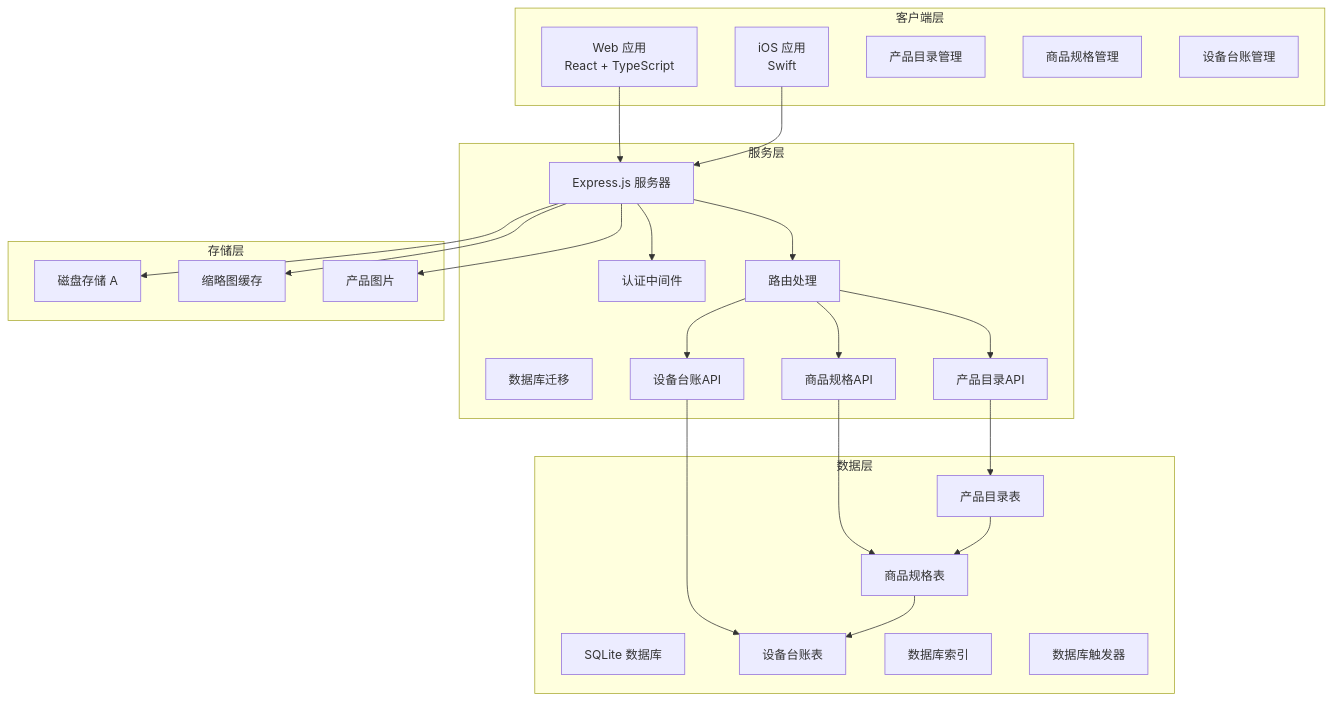
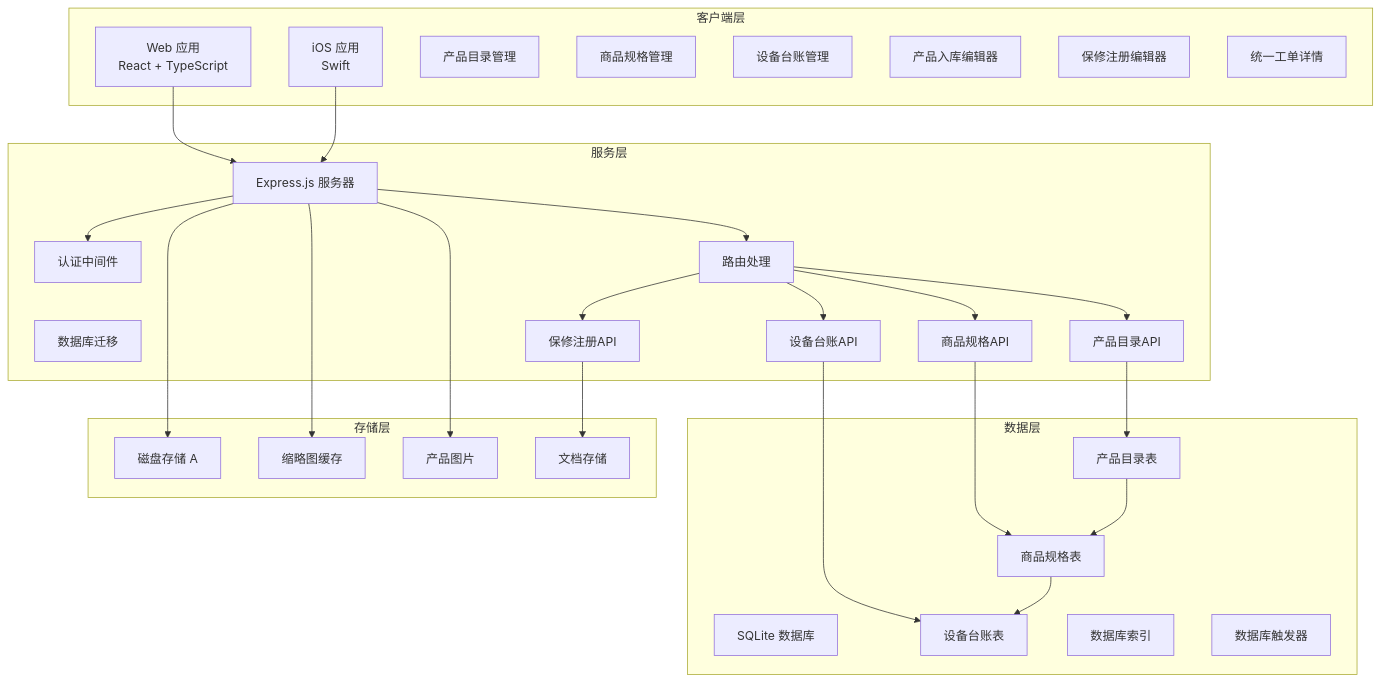
The third of 13 diagrams in .qoder/repowiki/zh/content/前端组件架构/产品管理界面/产品管理界面.md (CubeEdge/Longhorn), drawn with Mermaid before and after one commit. The commit also changed other lines of this file and 31 other files, not shown here.

````diff
--- a/.qoder/repowiki/zh/content/前端组件架构/产品管理界面/产品管理界面.md
+++ b/.qoder/repowiki/zh/content/前端组件架构/产品管理界面/产品管理界面.md
@@ -109,47 +147,54 @@
 ```mermaid
 graph TB
 subgraph "客户端层"
 Web[Web 应用<br/>React + TypeScript]
 iOS[iOS 应用<br/>Swift]
 ProductModels[产品目录管理]
 ProductSkus[商品规格管理]
 DeviceLedger[设备台账管理]
+ProductModal[产品入库编辑器]
+WarrantyModal[保修注册编辑器]
+UnifiedTicket[统一工单详情]
 end
 subgraph "服务层"
 Express[Express.js 服务器]
 Auth[认证中间件]
 Routes[路由处理]
 Migrations[数据库迁移]
 ProductModelsAPI[产品目录API]
 ProductSkusAPI[商品规格API]
 DeviceLedgerAPI[设备台账API]
+WarrantyAPI[保修注册API]
 end
 subgraph "数据层"
 SQLite[SQLite 数据库]
 ProductModelsTable[产品目录表]
 ProductSkusTable[商品规格表]
 ProductsTable[设备台账表]
 Indexes[数据库索引]
 Triggers[数据库触发器]
 end
 subgraph "存储层"
 DiskA[磁盘存储 A]
 Thumbnails[缩略图缓存]
 Images[产品图片]
+Documents[文档存储]
 end
 Web --> Express
 iOS --> Express
 Express --> Auth
 Express --> Routes
 Routes --> ProductModelsAPI
 Routes --> ProductSkusAPI
 Routes --> DeviceLedgerAPI
+Routes --> WarrantyAPI
 ProductModelsAPI --> ProductModelsTable
 ProductSkusAPI --> ProductSkusTable
 DeviceLedgerAPI --> ProductsTable
+WarrantyAPI --> Documents
 ProductModelsTable --> ProductSkusTable
 ProductSkusTable --> ProductsTable
 Express --> DiskA
 Express --> Thumbnails
 Express --> Images
 ```
````
